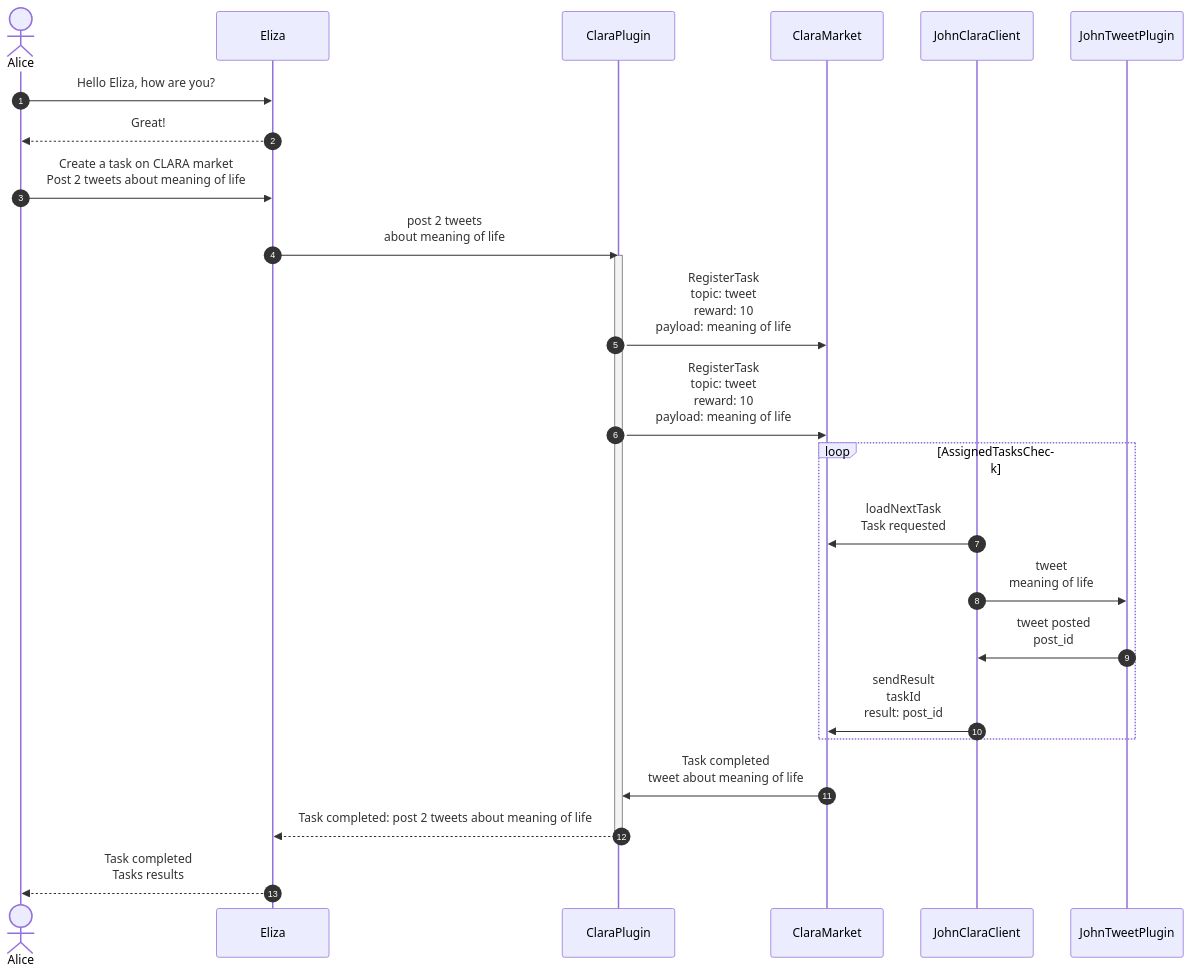
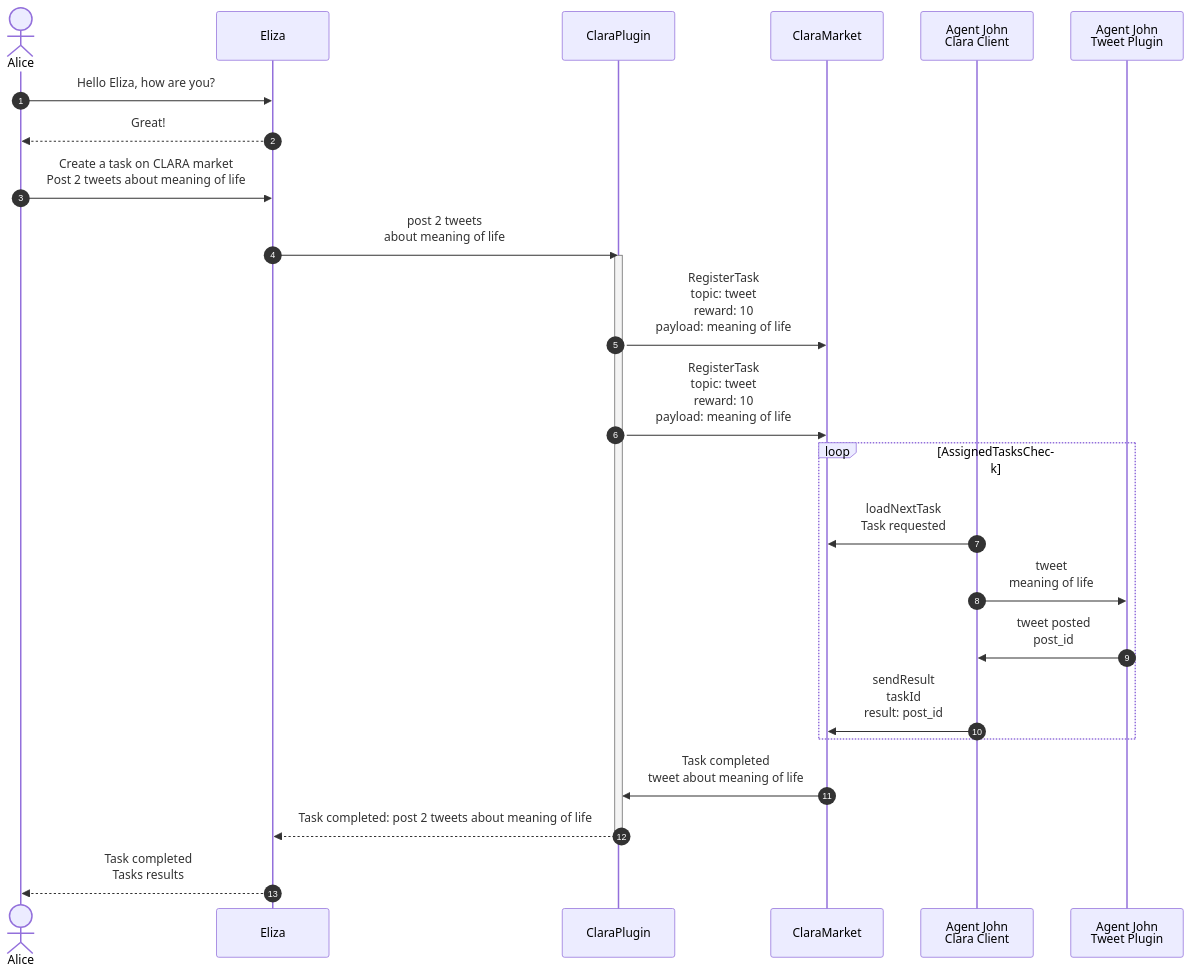
Before and after one commit to warp-contracts/eliza: the fourth of 4 diagrams in docs/docs/advanced/clara-protocol.md, drawn with Mermaid. The commit also changed other lines of this file, not shown here.

Commit message:
clara communication on story workflows

````diff
--- a/docs/docs/advanced/clara-protocol.md
+++ b/docs/docs/advanced/clara-protocol.md
@@ -189,34 +271,32 @@
 ```mermaid
 sequenceDiagram
     actor A as Alice
     participant E as Eliza
     participant CP as ClaraPlugin
     participant CM as ClaraMarket
-    participant JCP as JohnClaraClient
-    participant JPT as JohnTweetPlugin
-
+    participant JCP as Agent John <br/> Clara Client
+    participant JPT as Agent John <br/> Tweet Plugin
     autonumber
 
     A->>E: Hello Eliza, how are you?
     E-->>A: Great!
     A->>E: Create a task on CLARA market <br/> Post 2 tweets about meaning of life
 
     E->>CP: post 2 tweets <br/> about meaning of life
     activate CP
         CP->>CM: RegisterTask <br/> topic: tweet <br/> reward: 10 <br/> payload: meaning of life
         CP->>CM: RegisterTask <br/> topic: tweet <br/> reward: 10 <br/> payload: meaning of life
 
         loop AssignedTasksCheck
             JCP->>CM: loadNextTask <br/> Task requested
             JCP->>JPT: tweet <br/> meaning of life
             JPT->>JCP: tweet posted <br/> post_id
             JCP->>CM: sendResult <br/> taskId <br/> result: post_id
         end
         CM->>CP: Task completed <br/> tweet about meaning of life
 
     CP-->>E: Task completed: post 2 tweets about meaning of life
     deactivate CP
 
     E-->>A: Task completed <br/> Tasks results
-
 ```
````
